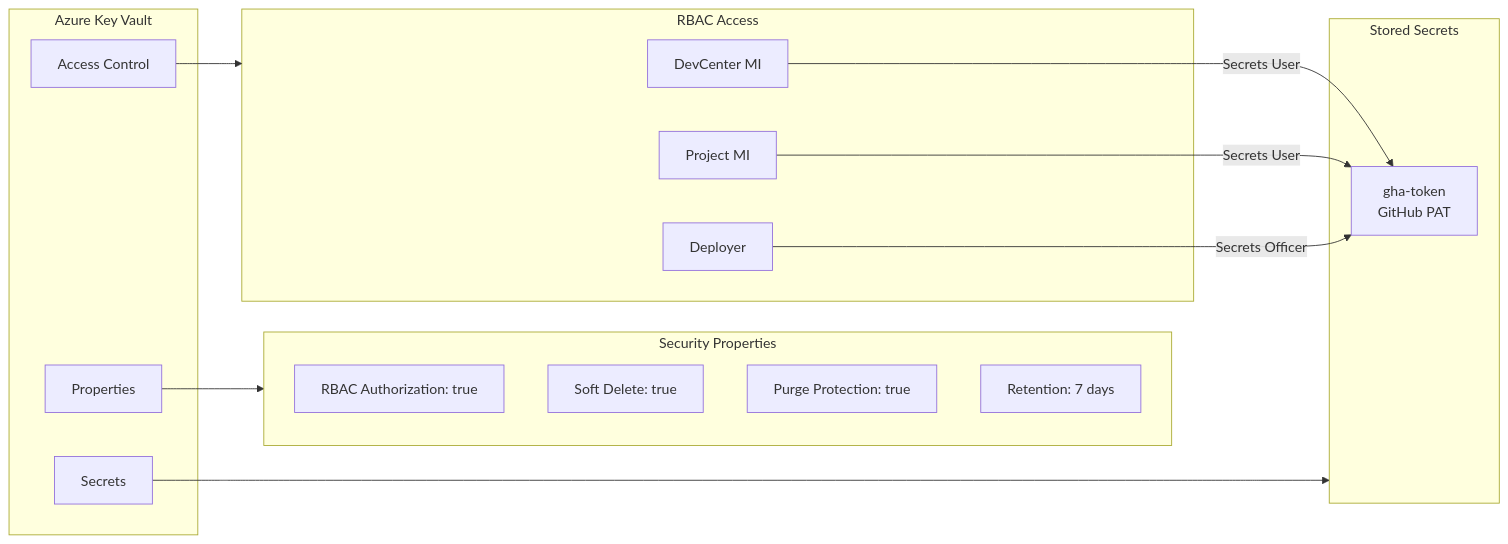
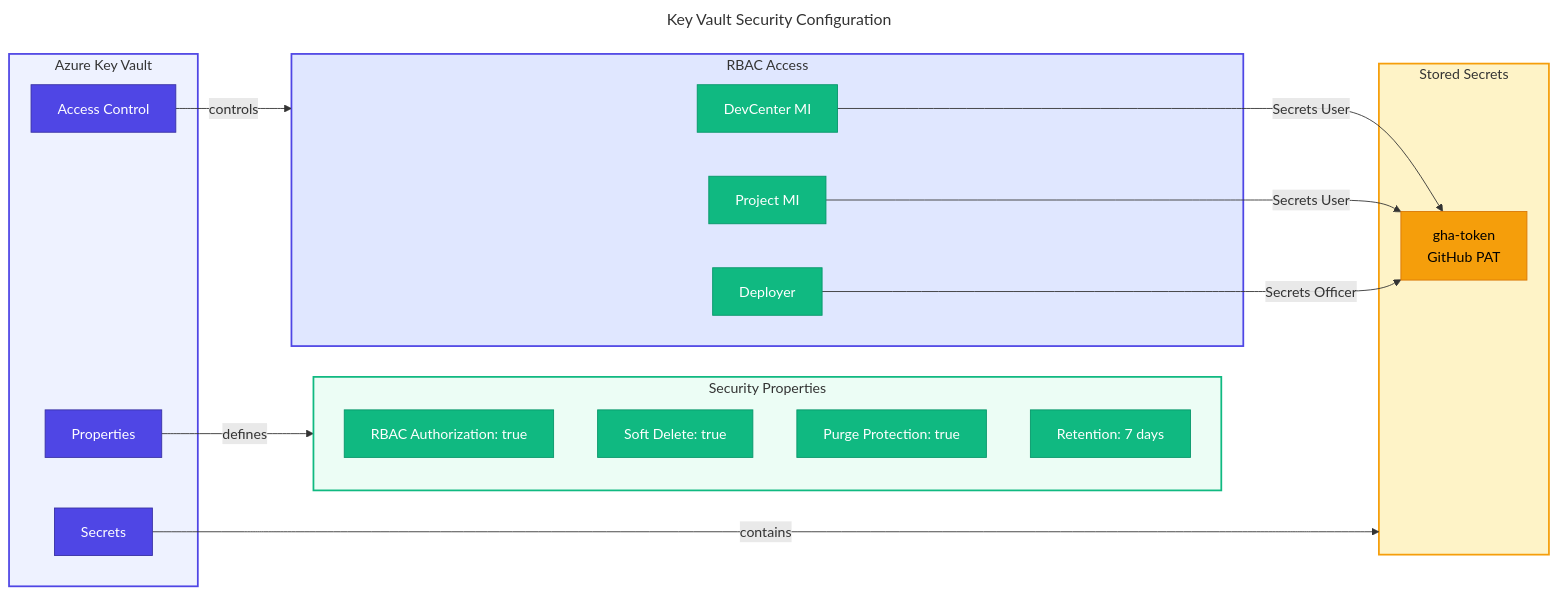
Before and after one commit to Evilazaro/DevExp-DevBox: the seventh of 14 diagrams in docs/architecture/04-technology-architecture.md, drawn with Mermaid. The commit also changed other lines of this file, not shown here.

Commit message:
Refactor identity and role diagrams to enhance clarity and detail in the technology architecture documentation

````diff
--- a/docs/architecture/04-technology-architecture.md
+++ b/docs/architecture/04-technology-architecture.md
@@ -589,33 +635,58 @@
 ```mermaid
+---
+title: Key Vault Security Configuration
+---
 flowchart LR
+    %% ===== STYLE DEFINITIONS =====
+    classDef primary fill:#4F46E5,stroke:#3730A3,color:#FFFFFF
+    classDef secondary fill:#10B981,stroke:#059669,color:#FFFFFF
+    classDef datastore fill:#F59E0B,stroke:#D97706,color:#000000
+
+    %% ===== KEY VAULT =====
     subgraph KeyVault["Azure Key Vault"]
-        PROPS[Properties]
-        SECRET[Secrets]
-        ACCESS[Access Control]
+        PROPS["Properties"]
+        SECRET["Secrets"]
+        ACCESS["Access Control"]
     end
 
+    %% ===== PROPERTIES =====
     subgraph Properties["Security Properties"]
-        P1[RBAC Authorization: true]
-        P2[Soft Delete: true]
-        P3[Purge Protection: true]
-        P4[Retention: 7 days]
+        P1["RBAC Authorization: true"]
+        P2["Soft Delete: true"]
+        P3["Purge Protection: true"]
+        P4["Retention: 7 days"]
     end
 
+    %% ===== SECRETS =====
     subgraph Secrets["Stored Secrets"]
-        S1[gha-token<br/>GitHub PAT]
+        S1["gha-token<br/>GitHub PAT"]
     end
 
+    %% ===== ACCESS =====
     subgraph Access["RBAC Access"]
-        A1[DevCenter MI]
-        A2[Project MI]
-        A3[Deployer]
+        A1["DevCenter MI"]
+        A2["Project MI"]
+        A3["Deployer"]
     end
 
-    PROPS --> Properties
-    SECRET --> Secrets
-    ACCESS --> Access
+    %% ===== CONNECTIONS =====
+    PROPS -->|"defines"| Properties
+    SECRET -->|"contains"| Secrets
+    ACCESS -->|"controls"| Access
 
-    A1 -->|Secrets User| S1
-    A2 -->|Secrets User| S1
-    A3 -->|Secrets Officer| S1
+    A1 -->|"Secrets User"| S1
+    A2 -->|"Secrets User"| S1
+    A3 -->|"Secrets Officer"| S1
+
+    %% ===== APPLY STYLES =====
+    class PROPS,SECRET,ACCESS primary
+    class P1,P2,P3,P4 secondary
+    class S1 datastore
+    class A1,A2,A3 secondary
+
+    %% ===== SUBGRAPH STYLING =====
+    style KeyVault fill:#EEF2FF,stroke:#4F46E5,stroke-width:2px
+    style Properties fill:#ECFDF5,stroke:#10B981,stroke-width:2px
+    style Secrets fill:#FEF3C7,stroke:#F59E0B,stroke-width:2px
+    style Access fill:#E0E7FF,stroke:#4F46E5,stroke-width:2px
 ```
````
